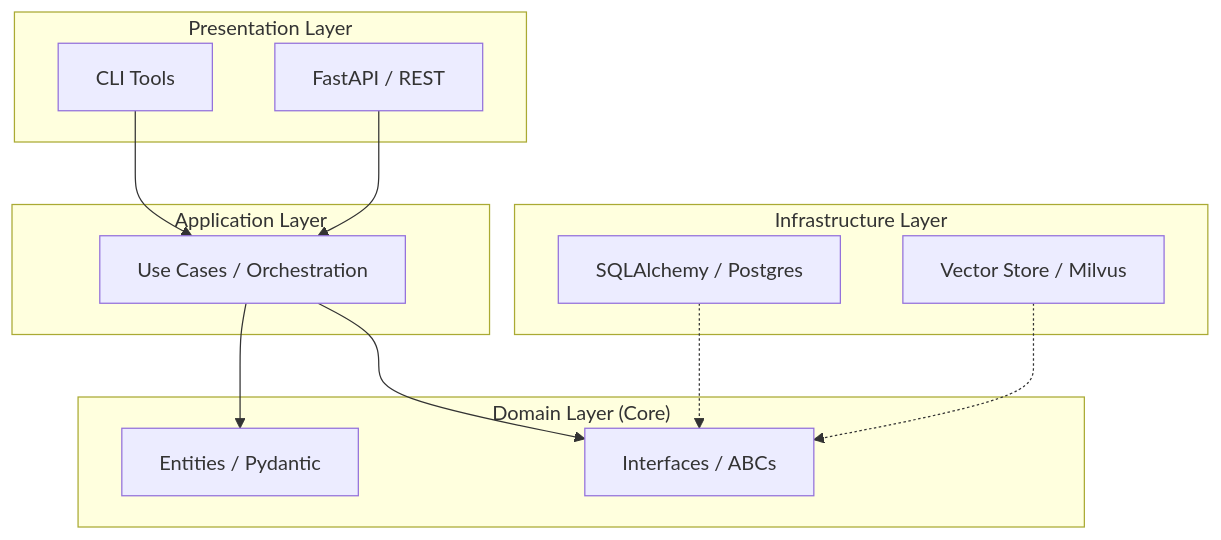
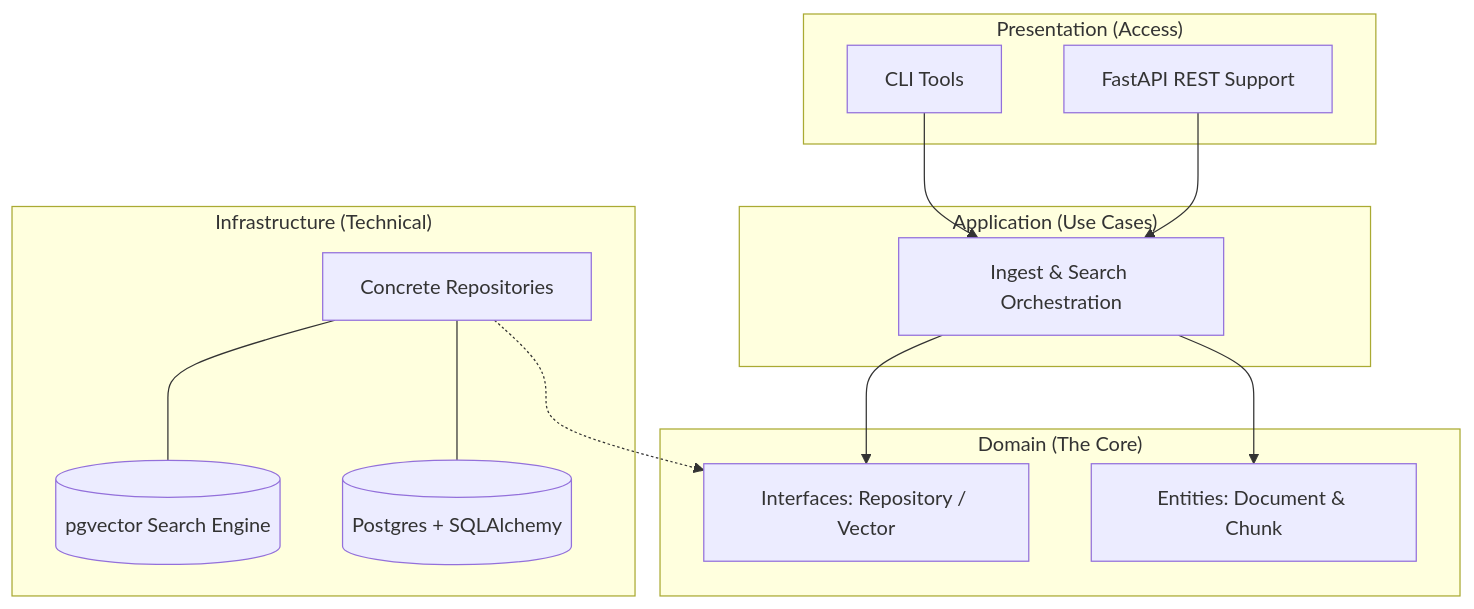
The diagram in docs/architecture/ARCHITECTURE.md (amanlonare/data-layer-manager), drawn with Mermaid before and after one commit.

Commit message:
docs: update architecture diagram and layer descriptions

````diff
--- a/docs/architecture/ARCHITECTURE.md
+++ b/docs/architecture/ARCHITECTURE.md
@@ -8,28 +8,31 @@
 ```mermaid
 graph TD
-    subgraph "Presentation Layer"
+    %% Layers and Components
+    subgraph "Presentation (Access)"
         CLI[CLI Tools]
-        API[FastAPI / REST]
+        API[FastAPI REST Support]
     end
 
-    subgraph "Application Layer"
-        UC[Use Cases / Orchestration]
+    subgraph "Application (Use Cases)"
+        UC[Ingest & Search Orchestration]
     end
 
-    subgraph "Infrastructure Layer"
-        DB[SQLAlchemy / Postgres]
-        VS[Vector Store / Milvus]
+    subgraph "Infrastructure (Technical)"
+        DB[(Postgres + SQLAlchemy)]
+        VS[(pgvector Search Engine)]
+        REPO[Concrete Repositories]
     end
 
-    subgraph "Domain Layer (Core)"
-        ENT[Entities / Pydantic]
-        INT[Interfaces / ABCs]
+    subgraph "Domain (The Core)"
+        ENT[Entities: Document & Chunk]
+        INT[Interfaces: Repository / Vector]
     end
 
-    CLI --> UC
-    API --> UC
-    UC --> ENT
-    UC --> INT
-    DB -.-> INT
-    VS -.-> INT
+    %% Dependency Flow (Points Inward)
+    CLI & API --> UC
+    UC --> ENT & INT
+
+    %% Implementation Implementation
+    REPO -.-> INT
+    REPO --- DB & VS
 ```
````
